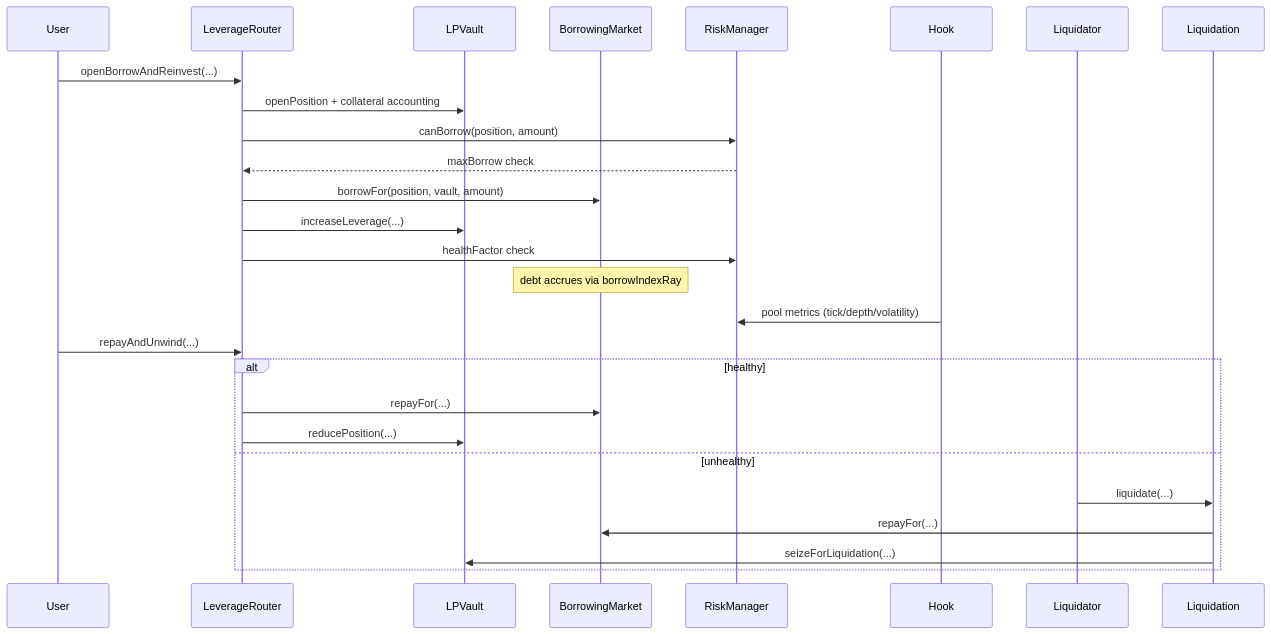
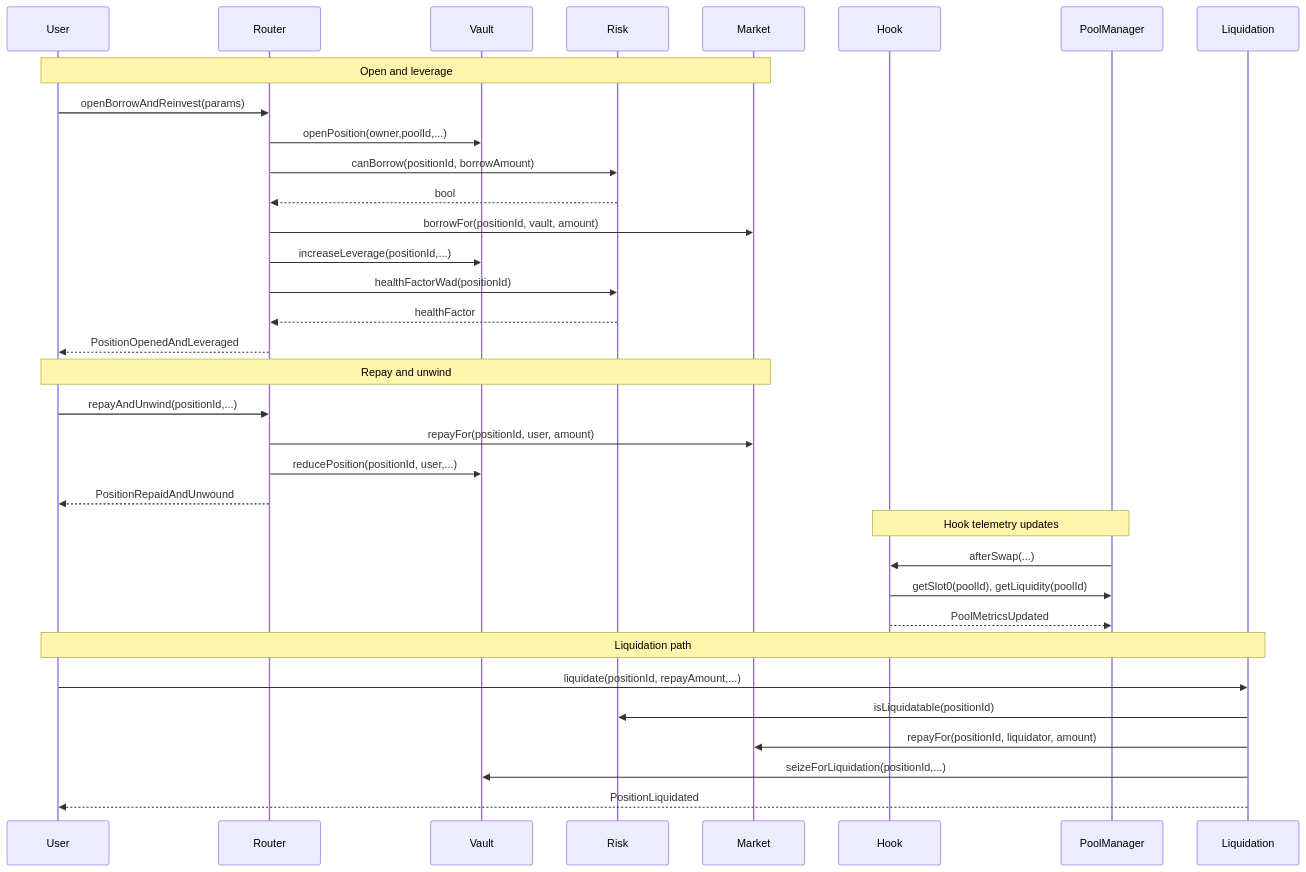
Before and after one commit to Ikpia/smart-borrow-and-leverage-liquidity-hook: the third of 3 diagrams in README.md, drawn with Mermaid. The commit also changed other lines of this file and 1563 other files, not shown here.

````diff
--- a/README.md
+++ b/README.md
@@ -41,29 +118,40 @@
 ```mermaid
 sequenceDiagram
-  participant U as User
-  participant R as LeverageRouter
-  participant V as LPVault
-  participant M as BorrowingMarket
-  participant K as RiskManager
-  participant H as Hook
+  participant User
+  participant Router
+  participant Vault
+  participant Risk
+  participant Market
+  participant Hook
+  participant PoolManager
+  participant Liquidation
 
-  U->>R: openBorrowAndReinvest(...)
-  R->>V: openPosition + collateral accounting
-  R->>K: canBorrow(position, amount)
-  K-->>R: maxBorrow check
-  R->>M: borrowFor(position, vault, amount)
-  R->>V: increaseLeverage(...)
-  R->>K: healthFactor check
-  Note over M: debt accrues via borrowIndexRay
-  H->>K: pool metrics (tick/depth/volatility)
-  U->>R: repayAndUnwind(...)
-  alt healthy
-    R->>M: repayFor(...)
-    R->>V: reducePosition(...)
-  else unhealthy
-    participant L as Liquidator
-    L->>Liquidation: liquidate(...)
-    Liquidation->>M: repayFor(...)
-    Liquidation->>V: seizeForLiquidation(...)
-  end
+  Note over User,Market: Open and leverage
+  User->>Router: openBorrowAndReinvest(params)
+  Router->>Vault: openPosition(owner,poolId,...)
+  Router->>Risk: canBorrow(positionId, borrowAmount)
+  Risk-->>Router: bool
+  Router->>Market: borrowFor(positionId, vault, amount)
+  Router->>Vault: increaseLeverage(positionId,...)
+  Router->>Risk: healthFactorWad(positionId)
+  Risk-->>Router: healthFactor
+  Router-->>User: PositionOpenedAndLeveraged
+
+  Note over User,Market: Repay and unwind
+  User->>Router: repayAndUnwind(positionId,...)
+  Router->>Market: repayFor(positionId, user, amount)
+  Router->>Vault: reducePosition(positionId, user,...)
+  Router-->>User: PositionRepaidAndUnwound
+
+  Note over PoolManager,Hook: Hook telemetry updates
+  PoolManager->>Hook: afterSwap(...)
+  Hook->>PoolManager: getSlot0(poolId), getLiquidity(poolId)
+  Hook-->>PoolManager: PoolMetricsUpdated
+
+  Note over User,Liquidation: Liquidation path
+  User->>Liquidation: liquidate(positionId, repayAmount,...)
+  Liquidation->>Risk: isLiquidatable(positionId)
+  Liquidation->>Market: repayFor(positionId, liquidator, amount)
+  Liquidation->>Vault: seizeForLiquidation(positionId,...)
+  Liquidation-->>User: PositionLiquidated
 ```
````
